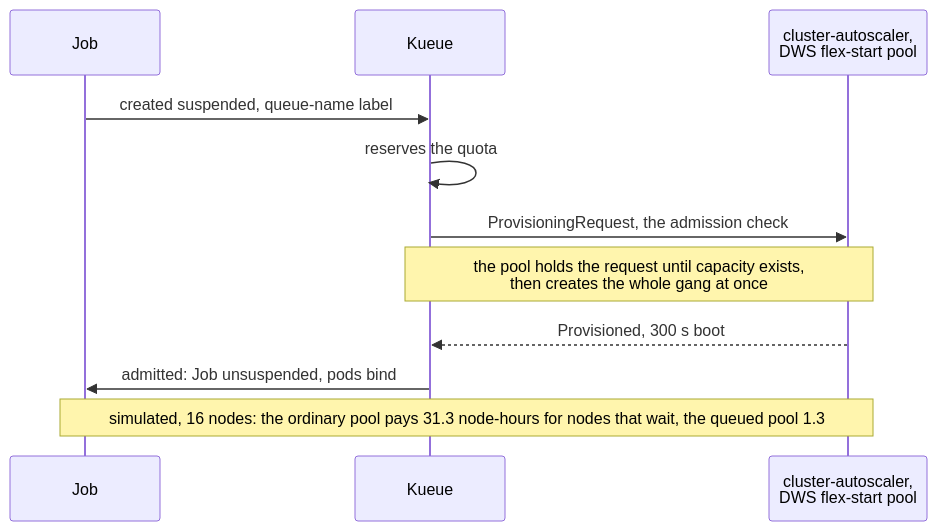
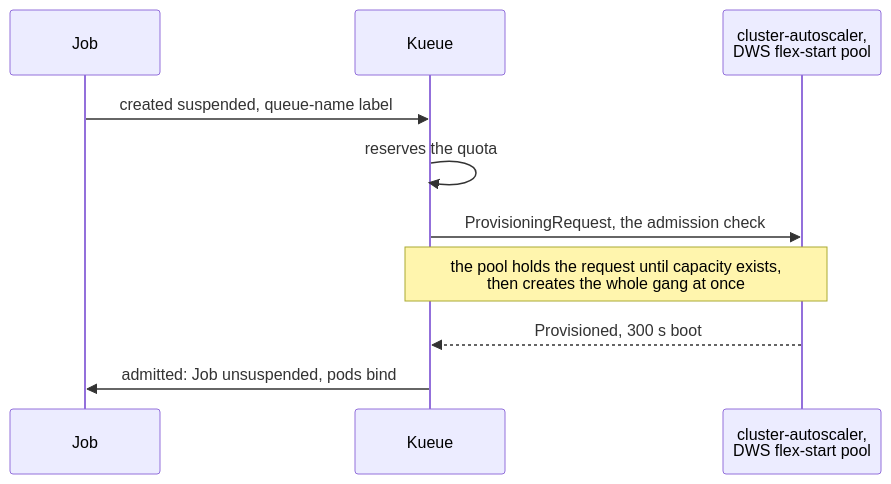
One commit to aniryou/full-stack-agentic-engineer changed the third of 3 diagrams in 03-kubernetes-gpu/gpu-scheduling/PRIMER.md. Above: the diagram before and after it, drawn with Mermaid. The commit also changed other lines of this file and 211 other files, not shown here.

````diff
--- a/03-kubernetes-gpu/gpu-scheduling/PRIMER.md
+++ b/03-kubernetes-gpu/gpu-scheduling/PRIMER.md
@@ -813,13 +838,12 @@
 ```mermaid
 sequenceDiagram
     participant J as Job
     participant K as Kueue
     participant C as cluster-autoscaler,<br/>DWS flex-start pool
     J->>K: created suspended, queue-name label
     K->>K: reserves the quota
     K->>C: ProvisioningRequest, the admission check
     Note over K,C: the pool holds the request until capacity exists,<br/>then creates the whole gang at once
     C-->>K: Provisioned, 300 s boot
     K->>J: admitted: Job unsuspended, pods bind
-    Note over J,C: simulated, 16 nodes: the ordinary pool pays 31.3 node-hours for nodes that wait, the queued pool 1.3
 ```
````
